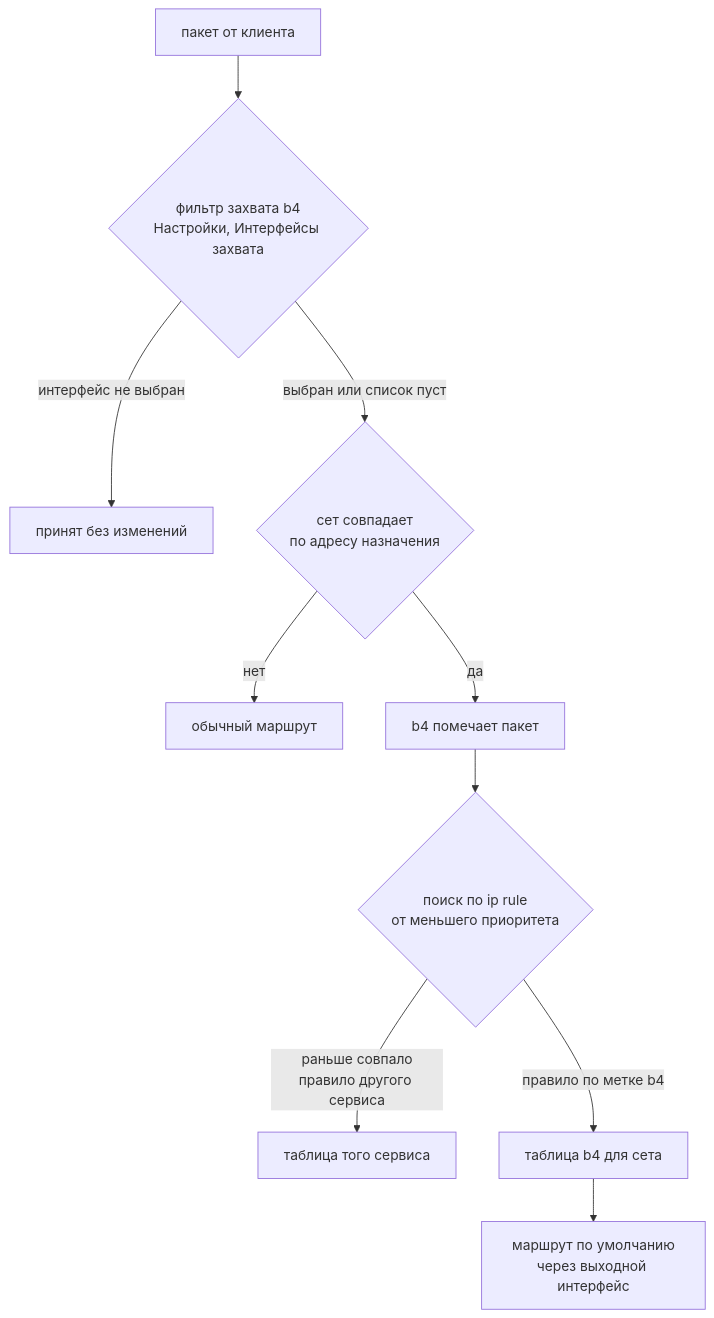
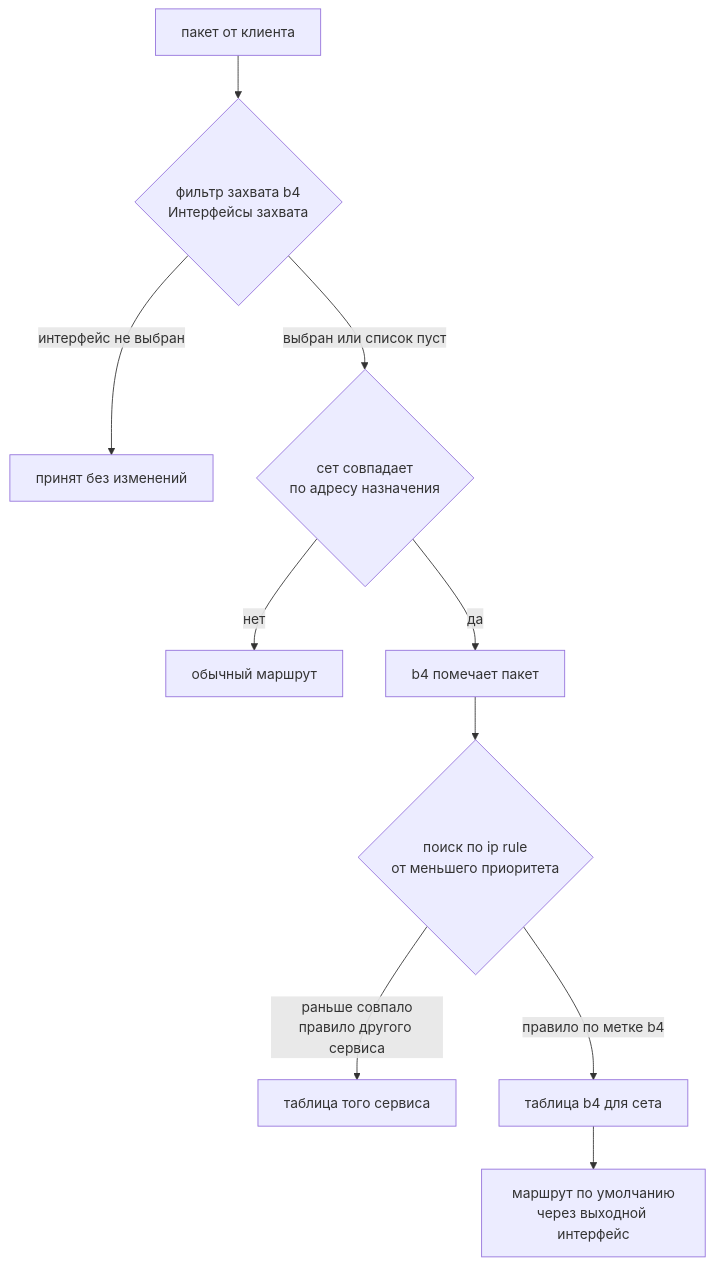
Before and after one commit to DanielLavrushin/b4: the diagram in docs/i18n/ru/docusaurus-plugin-content-docs/current/guides/xray.md, drawn with Mermaid. The commit also changed other lines of this file and 177 other files, not shown here.

````diff
--- a/docs/i18n/ru/docusaurus-plugin-content-docs/current/guides/xray.md
+++ b/docs/i18n/ru/docusaurus-plugin-content-docs/current/guides/xray.md
@@ -36,12 +26,12 @@
 ```mermaid
 flowchart TD
-    A[пакет от клиента] --> B{фильтр захвата b4<br/>Настройки, Интерфейсы захвата}
+    A[пакет от клиента] --> B{фильтр захвата b4<br/>Интерфейсы захвата}
     B -->|интерфейс не выбран| Z[принят без изменений]
     B -->|выбран или список пуст| C{сет совпадает<br/>по адресу назначения}
     C -->|нет| D[обычный маршрут]
     C -->|да| E[b4 помечает пакет]
     E --> F{поиск по ip rule<br/>от меньшего приоритета}
     F -->|раньше совпало<br/>правило другого сервиса| G[таблица того сервиса]
     F -->|правило по метке b4| H[таблица b4 для сета]
     H --> I[маршрут по умолчанию<br/>через выходной интерфейс]
 ```
````
